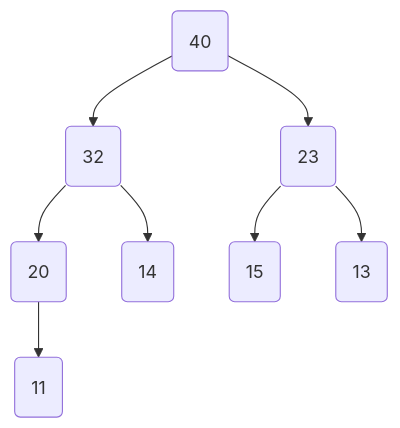
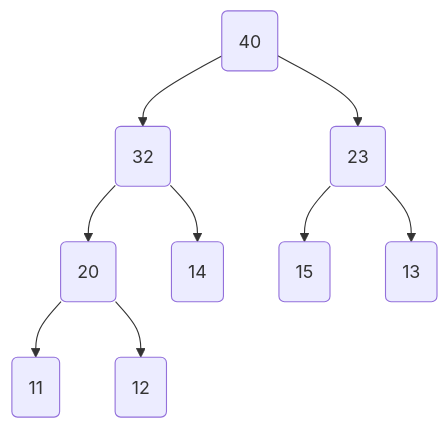
The diagram in Semester3/COMP2711-Algorithms1/Priority Queues.md (olywoolsey/Notes), drawn with Mermaid before and after one commit. The commit also changed other lines of this file and 3 other files, not shown here.

````diff
--- a/Semester3/COMP2711-Algorithms1/Priority Queues.md
+++ b/Semester3/COMP2711-Algorithms1/Priority Queues.md
@@ -30,11 +30,12 @@
 ```mermaid
 graph TD
 id0(40)
 id0 --> id1(32)
 id0 --> id2(23)
 id1 --> id3(20)
 id1 --> id4(14)
 id2 --> id5(15)
 id2 --> id6(13)
 id3 --> id7(11)
+id3 --> id8(12)
 ```
````
